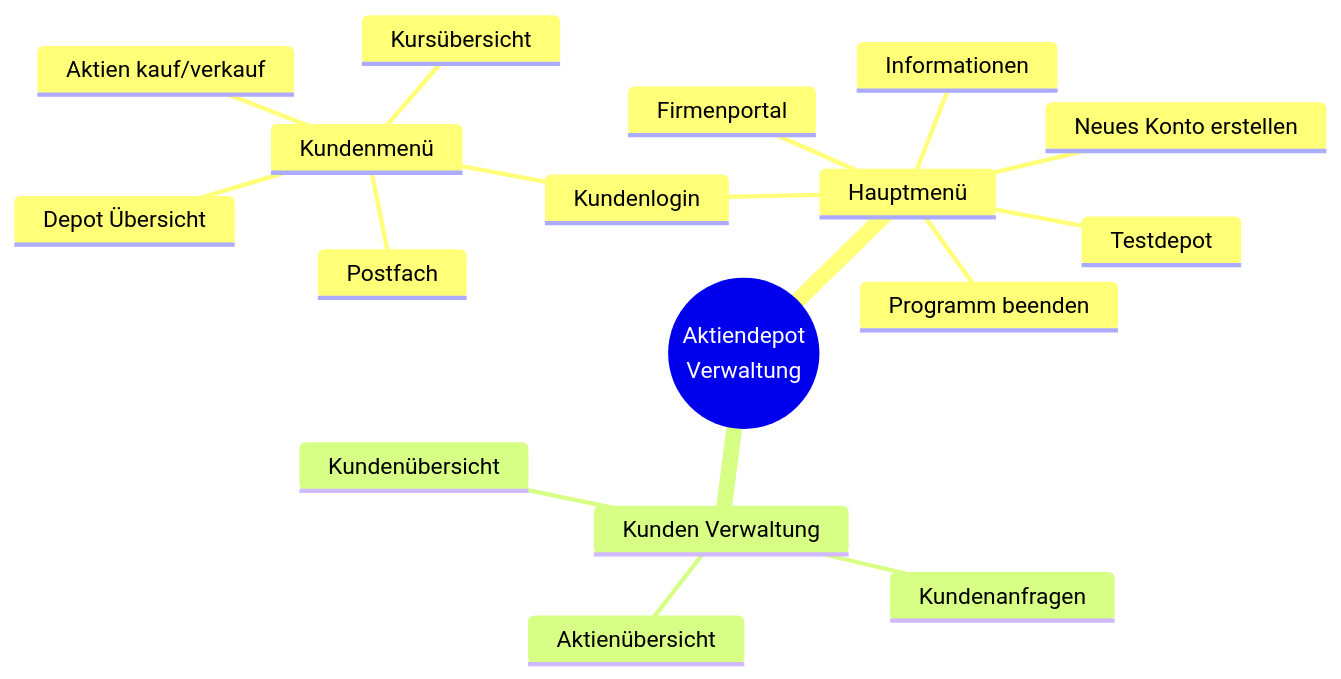
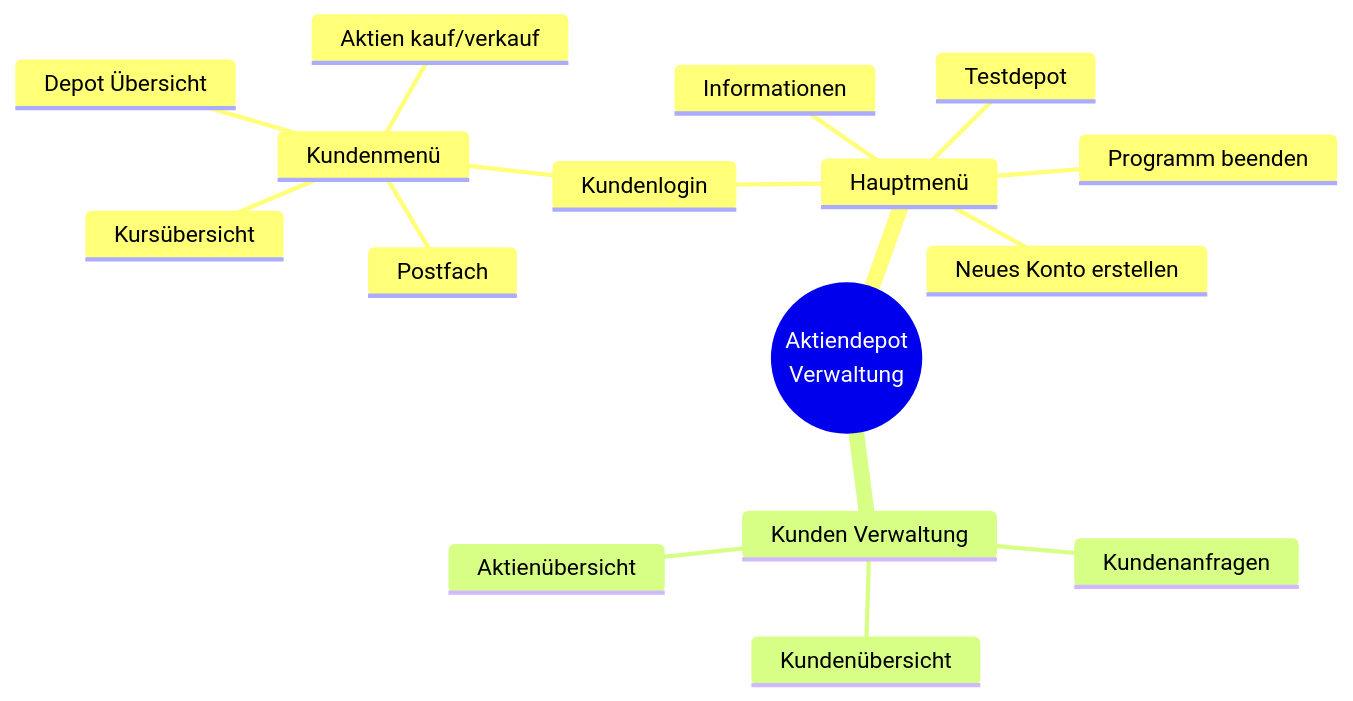
The diagram in README.md (devZenger/FoxFinance-Client-Server-System), drawn with Mermaid before and after one commit. The commit also changed other lines of this file and 1 other file, not shown here.

`````diff
--- a/README.md
+++ b/README.md
@@ -6,21 +6,20 @@
 ````mermaid
 mindmap
     root((Aktiendepot<br>Verwaltung))
         Hauptmenü
             Testdepot
             Neues Konto erstellen
             Kundenlogin
                 Kundenmenü
                     Depot Übersicht
                     Aktien kauf/verkauf
                     Kursübersicht
                     Postfach
             Informationen
-            Firmenportal
             Programm beenden
             
         Kunden Verwaltung
             Kundenanfragen
             Kundenübersicht
             Aktienübersicht
 ````
`````
